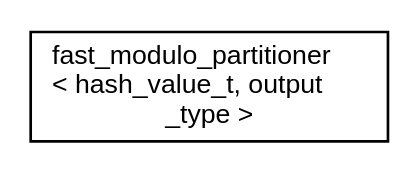
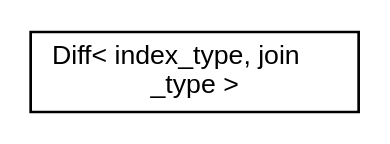
The diagram in libcudf/0.8.0/inherit_graph_135.dot (rapidsai/projects), drawn with Graphviz before and after one commit. The commit also changed 541 other files, not shown here.

```diff
--- a/libcudf/0.8.0/inherit_graph_135.dot
+++ b/libcudf/0.8.0/inherit_graph_135.dot
@@ -1,7 +1,7 @@
 digraph "Graphical Class Hierarchy"
 {
   edge [fontname="Helvetica",fontsize="10",labelfontname="Helvetica",labelfontsize="10"];
   node [fontname="Helvetica",fontsize="10",shape=record];
   rankdir="LR";
-  Node0 [label="fast_modulo_partitioner\l\< hash_value_t, output\l_type \>",height=0.2,width=0.4,color="black", fillcolor="white", style="filled",URL="$structfast__modulo__partitioner.html",tooltip="Functor to map a hash value to a particular &#39;bin&#39; or partition number that uses the FAST modulo opera..."];
+  Node0 [label="Diff\< index_type, join\l_type \>",height=0.2,width=0.4,color="black", fillcolor="white", style="filled",URL="$structDiff.html",tooltip="Functor for computing the difference in a tuple. "];
 }
```
